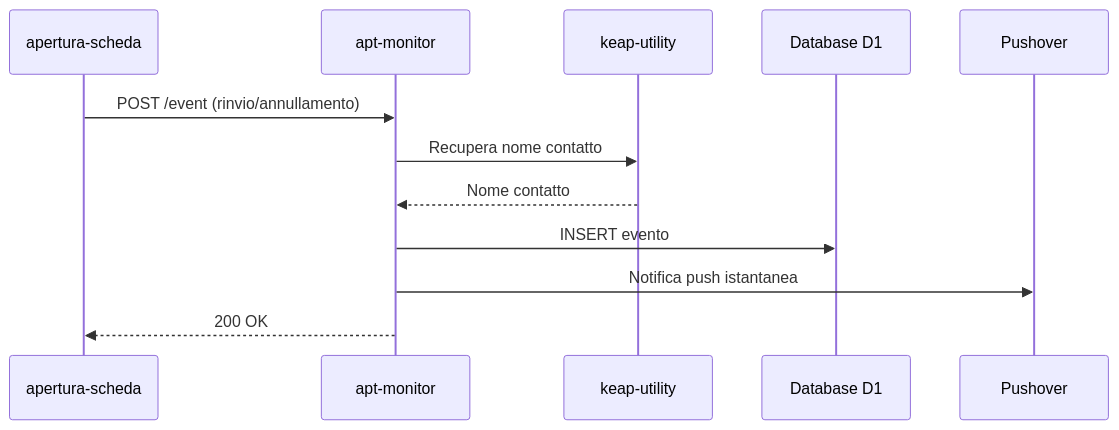
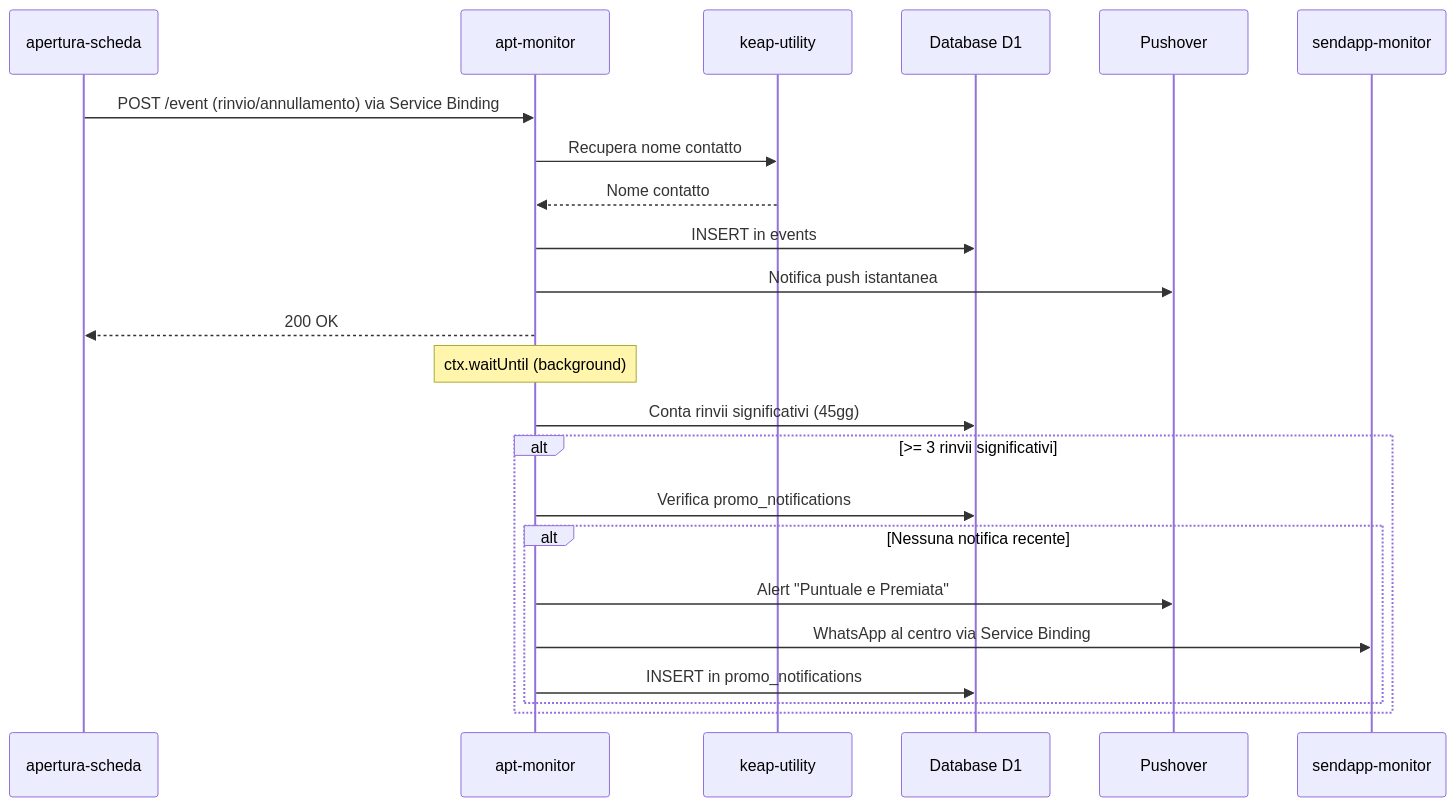
Before and after one commit to givibeautysrls-tech/DocumentazionePrebooking: the first of 2 diagrams in docs/cloudflare/workers/apt-monitor.md, drawn with Mermaid. The commit also changed other lines of this file, not shown here.

Commit message:
docs: aggiorna apt-monitor con logica promo Puntuale e Premiata

````diff
--- a/docs/cloudflare/workers/apt-monitor.md
+++ b/docs/cloudflare/workers/apt-monitor.md
@@ -109,15 +201,26 @@
 ```mermaid
 sequenceDiagram
     participant AS as apertura-scheda
     participant AM as apt-monitor
     participant KU as keap-utility
     participant D1 as Database D1
     participant PO as Pushover
+    participant SM as sendapp-monitor
 
-    AS->>AM: POST /event (rinvio/annullamento)
+    AS->>AM: POST /event (rinvio/annullamento) via Service Binding
     AM->>KU: Recupera nome contatto
     KU-->>AM: Nome contatto
-    AM->>D1: INSERT evento
+    AM->>D1: INSERT in events
     AM->>PO: Notifica push istantanea
     AM-->>AS: 200 OK
+    Note over AM: ctx.waitUntil (background)
+    AM->>D1: Conta rinvii significativi (45gg)
+    alt >= 3 rinvii significativi
+        AM->>D1: Verifica promo_notifications
+        alt Nessuna notifica recente
+            AM->>PO: Alert "Puntuale e Premiata"
+            AM->>SM: WhatsApp al centro via Service Binding
+            AM->>D1: INSERT in promo_notifications
+        end
+    end
 ```
````
